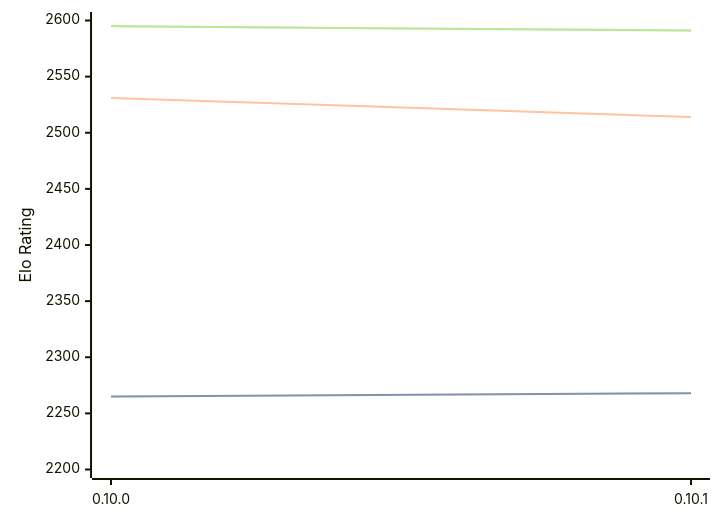
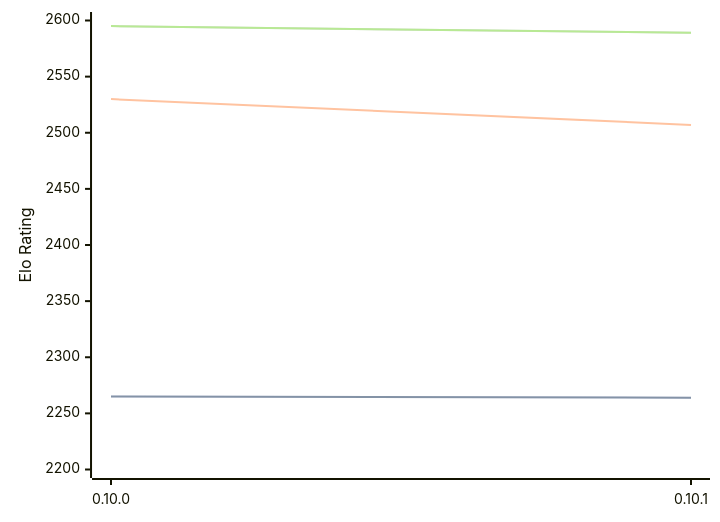
Before and after one commit to computer-chess-index/cci: the diagram in engines/Fatalii.md, drawn with Mermaid. The commit also changed other lines of this file, not shown here.

Commit message:
Update CCI Ratings (ELO VLTC) - 2026-08-11

````diff
--- a/engines/Fatalii.md
+++ b/engines/Fatalii.md
@@ -32,11 +32,11 @@
 ```mermaid
 %%{init: {"theme":"base","themeVariables":{"seriesColors:['#a3a3a3','#222221','#faa371']}}}%%
 xychart-beta
   x-axis ["0.10.0", "0.10.1"]
   y-axis "Elo Rating" 2200 --> 2600
-  line "STC (8.0+0.08s)" [2265, 2268]
-  line "STC (8.0+0.08s)" [2265, 2268]
-  line "LTC (60.0+0.60s)" [2531, 2514]
-  line "VLTC (2m24s+1.12s)" [2595, 2591]
-  line "VLTC (2m24s+1.12s)" [2595, 2591]
+  line "STC (8.0+0.08s)" [2265, 2264]
+  line "STC (8.0+0.08s)" [2265, 2264]
+  line "LTC (60.0+0.60s)" [2530, 2507]
+  line "VLTC (2m24s+1.12s)" [2595, 2589]
+  line "VLTC (2m24s+1.12s)" [2595, 2589]
 ```
````
